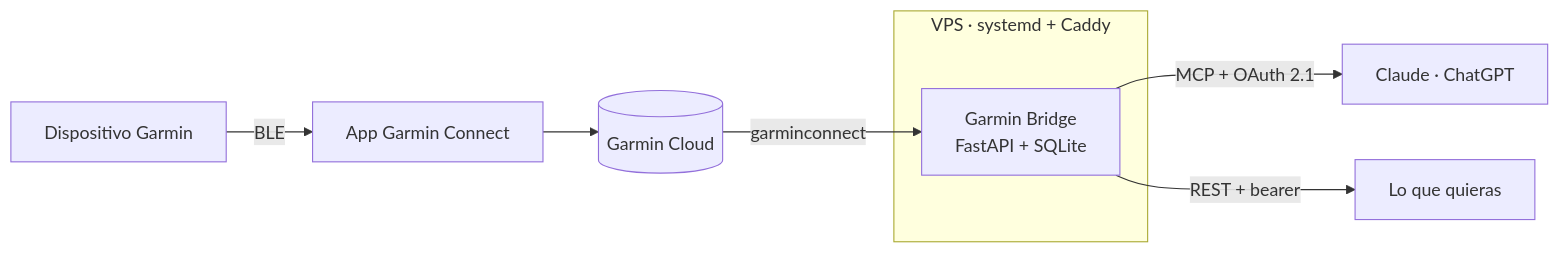
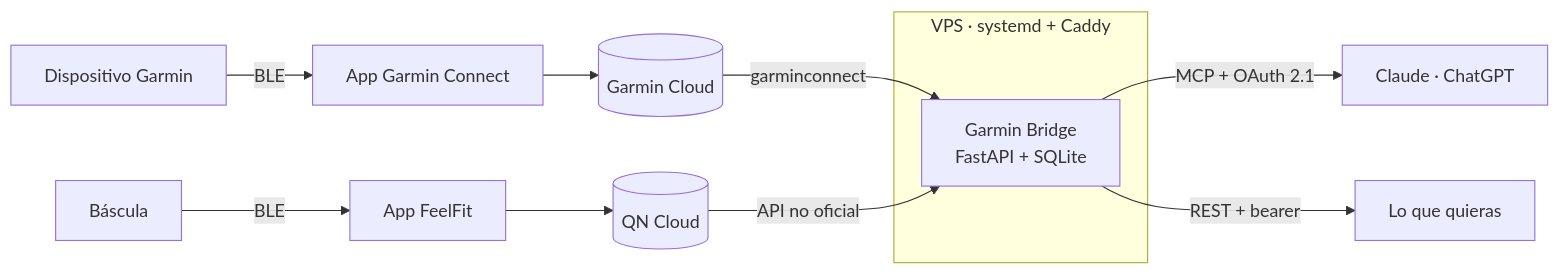
Before and after one commit to DemboNauta/garmin-ia: the diagram in README.md, drawn with Mermaid. The commit also changed other lines of this file and 7 other files, not shown here.

````diff
--- a/README.md
+++ b/README.md
@@ -100,11 +121,14 @@
 ```mermaid
 flowchart LR
     D[Dispositivo Garmin] -->|BLE| A[App Garmin Connect]
     A --> G[(Garmin Cloud)]
     G -->|garminconnect| B
+    E[Báscula] -->|BLE| F[App FeelFit]
+    F --> H[(QN Cloud)]
+    H -->|API no oficial| B
     subgraph VPS[VPS · systemd + Caddy]
         B[Garmin Bridge<br/>FastAPI + SQLite]
     end
     B -->|MCP + OAuth 2.1| C[Claude · ChatGPT]
     B -->|REST + bearer| R[Lo que quieras]
 ```
````
